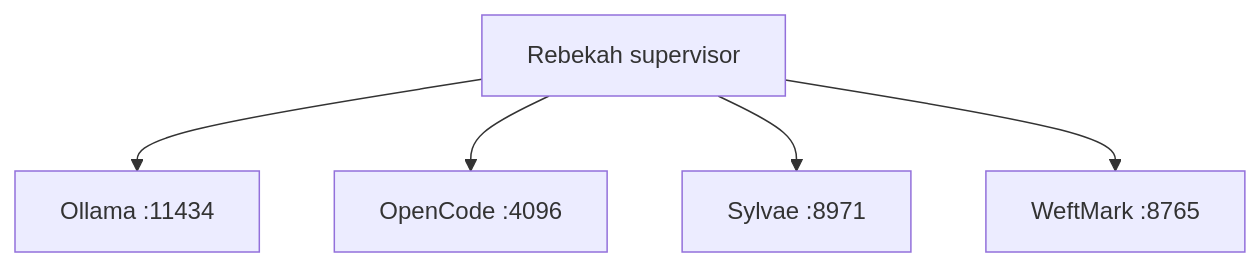
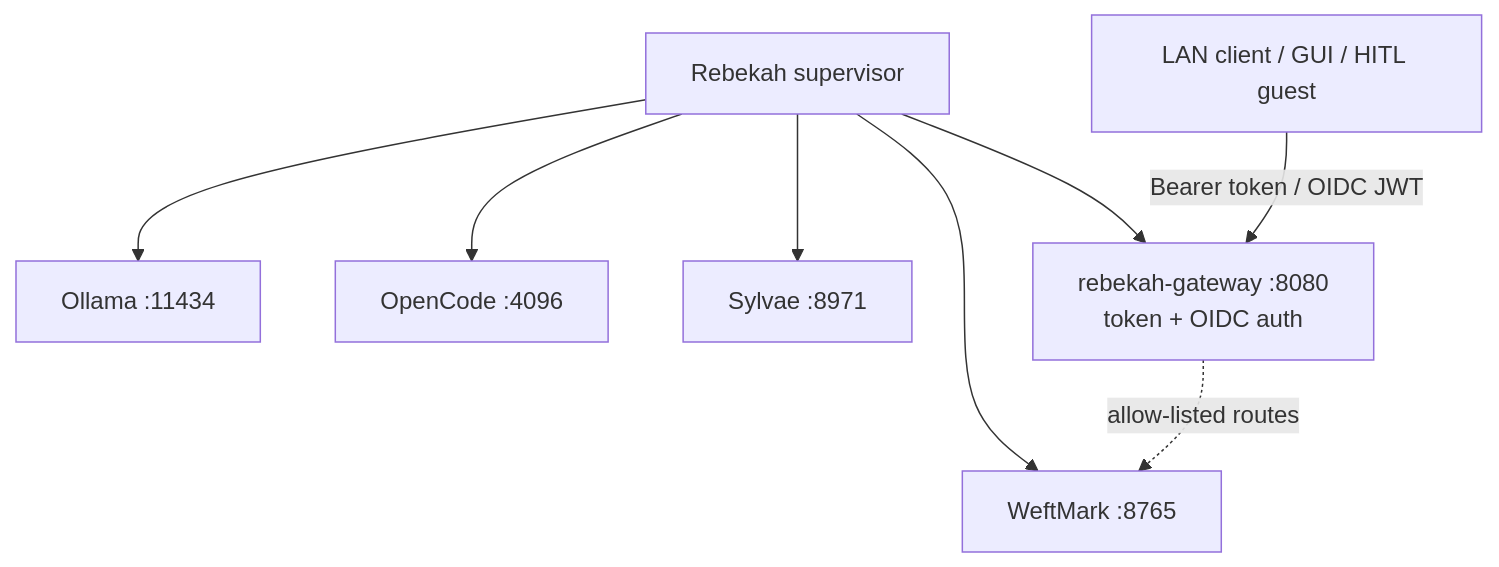
One commit to tabenius/rebekah changed the diagram in README.md. Above: the diagram before and after it, drawn with Mermaid. The commit also changed other lines of this file and 10 other files, not shown here.

````diff
--- a/README.md
+++ b/README.md
@@ -56,12 +56,17 @@
 ```mermaid
 flowchart TB
+    Client["LAN client / GUI / HITL guest"]
+    G["rebekah-gateway :8080<br/>token + OIDC auth"]
     R["Rebekah supervisor"]
     O["Ollama :11434"]
     C["OpenCode :4096"]
     S["Sylvae :8971"]
     W["WeftMark :8765"]
+    Client -->|"Bearer token / OIDC JWT"| G
     R --> O
     R --> C
     R --> S
     R --> W
+    R --> G
+    G -.->|allow-listed routes| W
 ```
````
